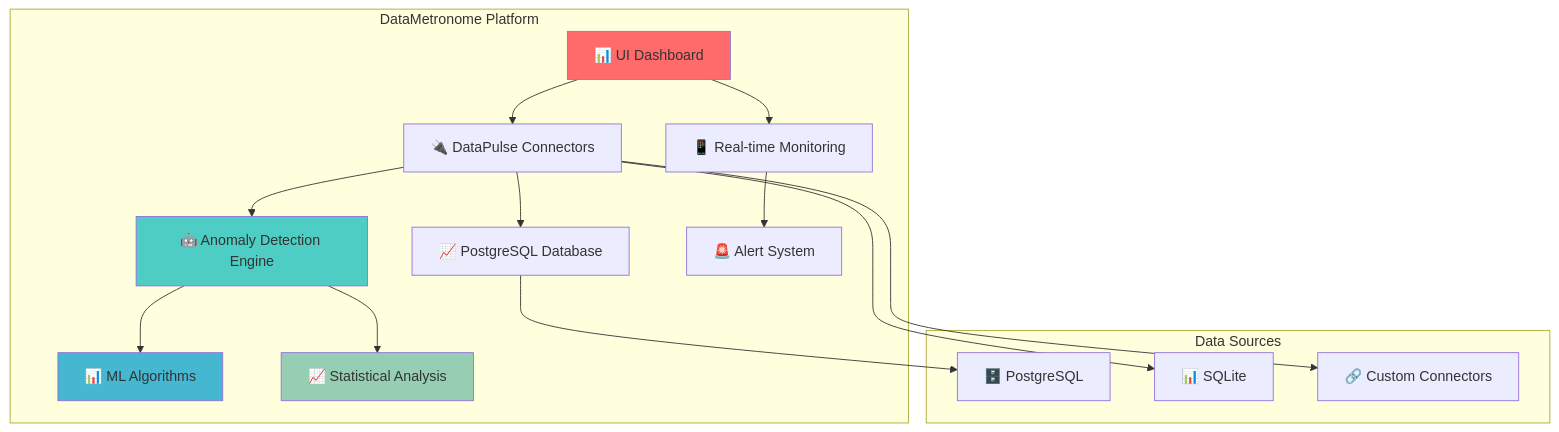
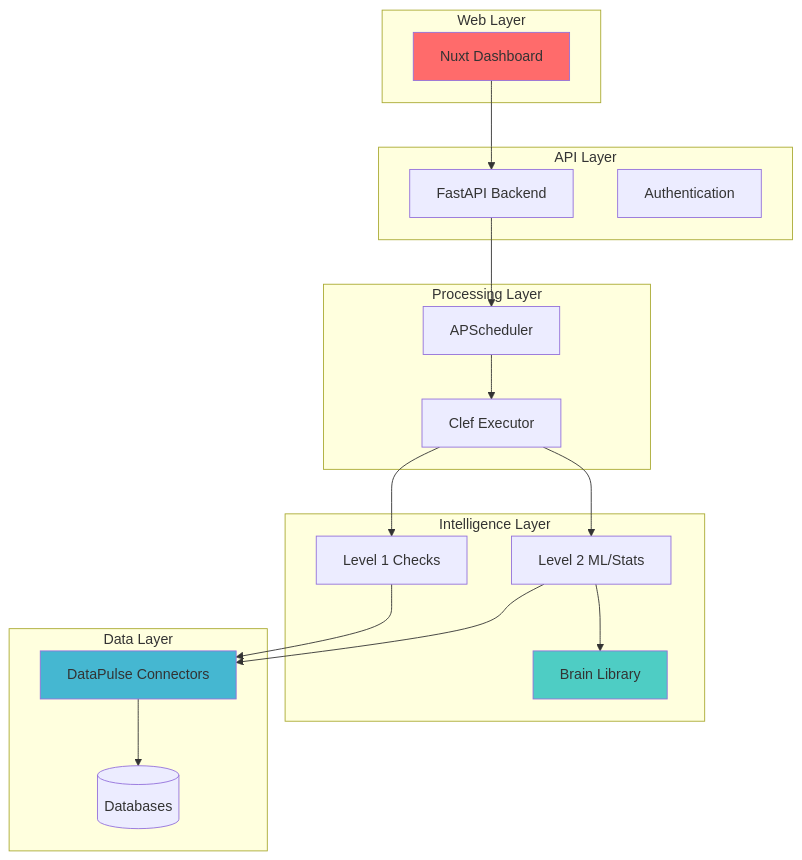
Before and after one commit to TheDataMaestros/datametronome: the diagram in README.md, drawn with Mermaid. The commit also changed other lines of this file and 1 other file, not shown here.

````diff
--- a/README.md
+++ b/README.md
@@ -201,27 +220,41 @@
 ```mermaid
 graph TB
-    subgraph "DataMetronome Platform"
-        A[📊 UI Dashboard] --> B[🔌 DataPulse Connectors]
-        B --> C[📈 PostgreSQL Database]
-        B --> D[🤖 Anomaly Detection Engine]
-        D --> E[📊 ML Algorithms]
-        D --> F[📈 Statistical Analysis]
-        A --> G[📱 Real-time Monitoring]
-        G --> H[🚨 Alert System]
+    subgraph "Web Layer"
+        UI[Nuxt Dashboard]
     end
-    
-    subgraph "Data Sources"
-        I[🗄️ PostgreSQL]
-        J[📊 SQLite]
-        K[🔗 Custom Connectors]
+
+    subgraph "API Layer"
+        API[FastAPI Backend]
+        Auth[Authentication]
     end
-    
-    C --> I
-    B --> J
-    B --> K
-    
-    style A fill:#ff6b6b
-    style D fill:#4ecdc4
-    style E fill:#45b7d1
-    style F fill:#96ceb4
+
+    subgraph "Processing Layer"
+        Scheduler[APScheduler]
+        Executor[Clef Executor]
+    end
+
+    subgraph "Intelligence Layer"
+        L1[Level 1 Checks]
+        L2[Level 2 ML/Stats]
+        Brain[Brain Library]
+    end
+
+    subgraph "Data Layer"
+        Pulse[DataPulse Connectors]
+        DB[(Databases)]
+    end
+
+    UI --> API
+    API --> Scheduler
+    Scheduler --> Executor
+    Executor --> L1
+    Executor --> L2
+    L2 --> Brain
+    L1 --> Pulse
+    L2 --> Pulse
+    Pulse --> DB
+
+    style UI fill:#ff6b6b
+    style Brain fill:#4ecdc4
+    style Pulse fill:#45b7d1
 ```
````
